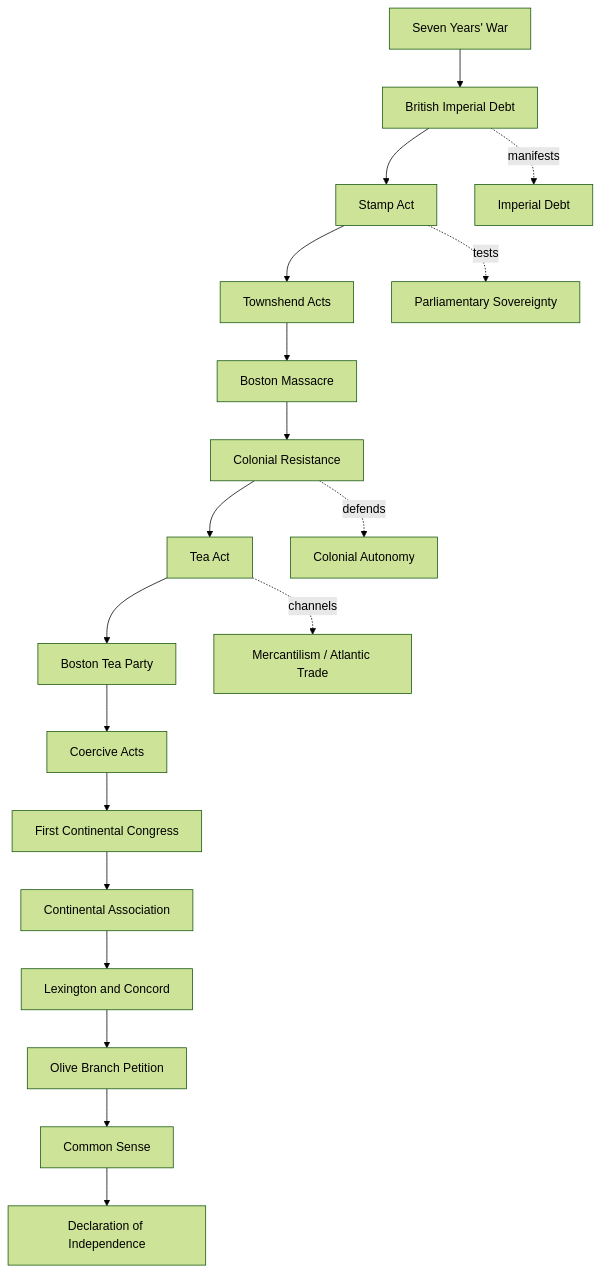
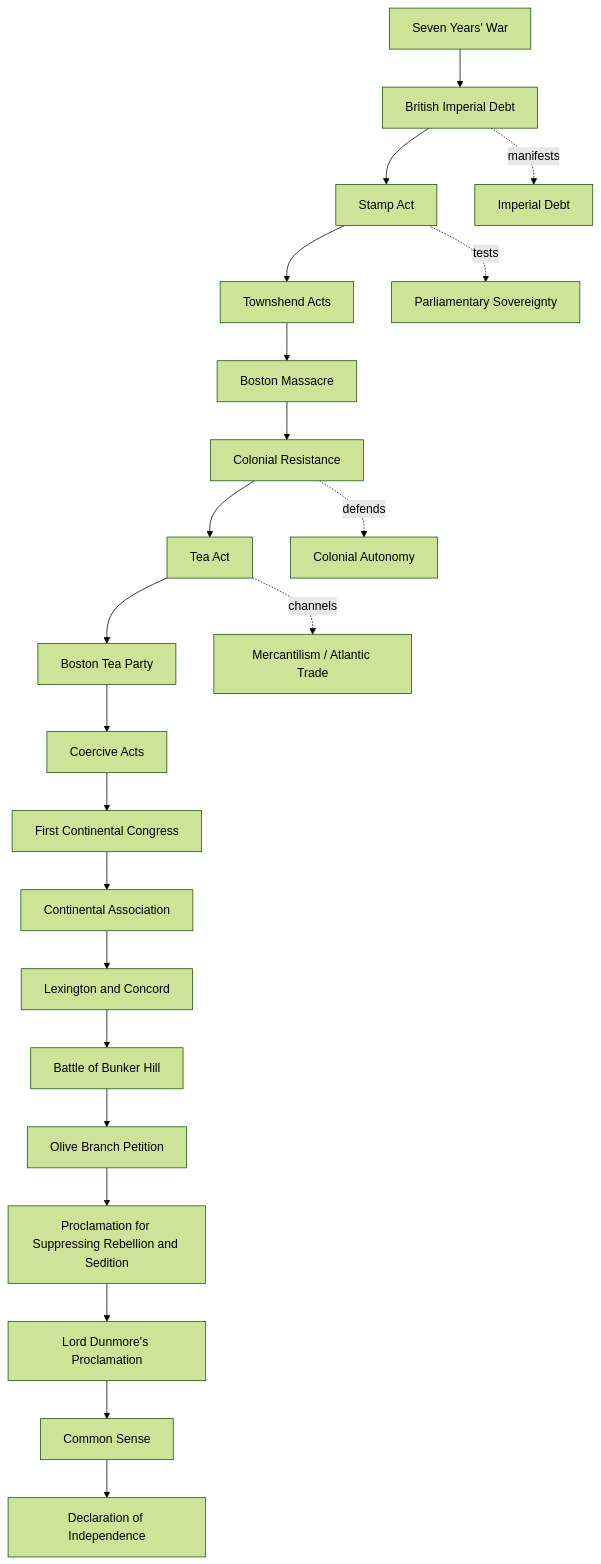
The diagram in 13_Modules/American_Revolution/Causal Chain Map.md (mattblethen/Causal-Atlas), drawn with Mermaid (forest theme) before and after one commit. The commit also changed 35 other files, not shown here.

````diff
--- a/13_Modules/American_Revolution/Causal Chain Map.md
+++ b/13_Modules/American_Revolution/Causal Chain Map.md
@@ -9,22 +9,25 @@
 ```mermaid
 flowchart TD
     A["Seven Years' War"] --> B["British Imperial Debt"]
     B --> C["Stamp Act"]
     C --> D["Townshend Acts"]
     D --> E["Boston Massacre"]
     E --> F["Colonial Resistance"]
     F --> G["Tea Act"]
     G --> H["Boston Tea Party"]
     H --> I["Coercive Acts"]
     I --> J["First Continental Congress"]
     J --> O["Continental Association"]
     O --> P["Lexington and Concord"]
-    P --> Q["Olive Branch Petition"]
-    Q --> R["Common Sense"]
+    P --> T["Battle of Bunker Hill"]
+    T --> Q["Olive Branch Petition"]
+    Q --> U["Proclamation for Suppressing Rebellion and Sedition"]
+    U --> V["Lord Dunmore's Proclamation"]
+    V --> R["Common Sense"]
     R --> S["Declaration of Independence"]
 
     B -. manifests .-> K["Imperial Debt"]
     C -. tests .-> L["Parliamentary Sovereignty"]
     F -. defends .-> M["Colonial Autonomy"]
     G -. channels .-> N["Mercantilism / Atlantic Trade"]
 ```
````
